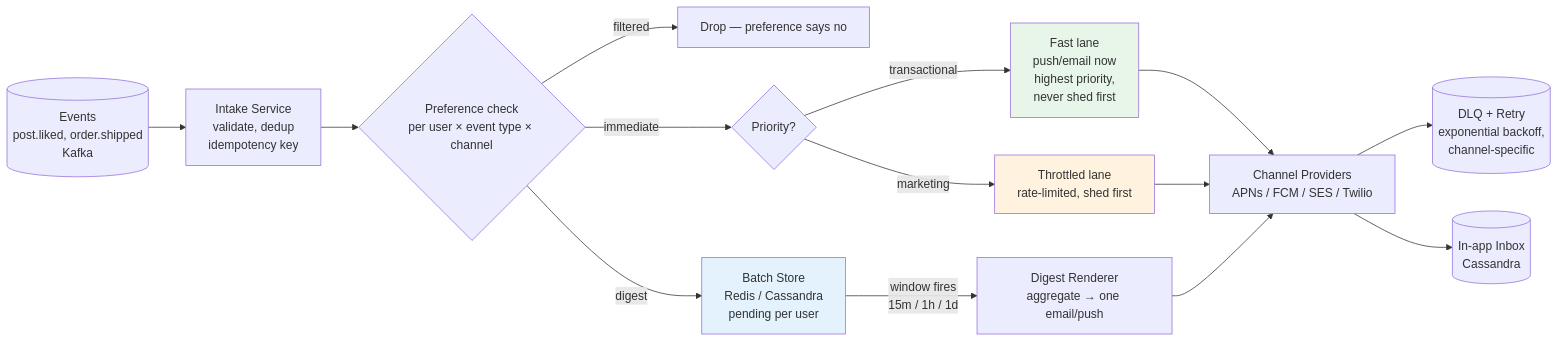
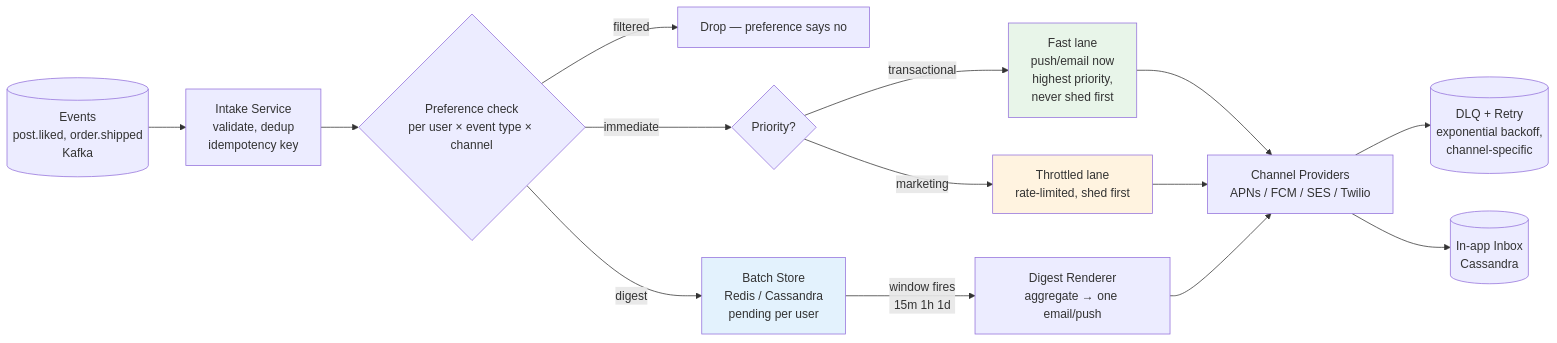
Before and after one commit to bumbsclaw/textbooks: the third of 8 diagrams in vol-07-system-design/ch12-case-studies.md, drawn with Mermaid. The commit also changed other lines of this file and 173 other files, not shown here.

First line of the commit message:
fix(mermaid): close note brackets, semicolons in Notes, stateDiagram br -> dash, edge parens

````diff
--- a/vol-07-system-design/ch12-case-studies.md
+++ b/vol-07-system-design/ch12-case-studies.md
@@ -416,20 +416,20 @@
 ```mermaid
 flowchart LR
     Events[(Events<br/>post.liked, order.shipped<br/>Kafka)] --> Intake[Intake Service<br/>validate, dedup<br/>idempotency key]
     Intake --> Prefs{Preference check<br/>per user × event type × channel}
     Prefs -->|filtered| Drop[Drop — preference says no]
     Prefs -->|immediate| Priority{Priority?}
     Prefs -->|digest| Batch[Batch Store<br/>Redis / Cassandra<br/>pending per user]
     Priority -->|transactional| Fast[Fast lane<br/>push/email now<br/>highest priority,<br/>never shed first]
     Priority -->|marketing| Throttled[Throttled lane<br/>rate-limited, shed first]
     Fast --> Providers[Channel Providers<br/>APNs / FCM / SES / Twilio]
     Throttled --> Providers
-    Batch -->|window fires<br/>15m / 1h / 1d| Digest[Digest Renderer<br/>aggregate → one email/push]
+    Batch -->|window fires<br >15m 1h 1d| Digest[Digest Renderer<br/>aggregate → one email/push]
     Digest --> Providers
     Providers --> DLQ[(DLQ + Retry<br/>exponential backoff,<br/>channel-specific)]
     Providers --> Inbox[(In-app Inbox<br/>Cassandra)]
 
     style Fast fill:#e8f5e9
     style Throttled fill:#fff3e0
     style Batch fill:#e3f2fd
 ```
````
